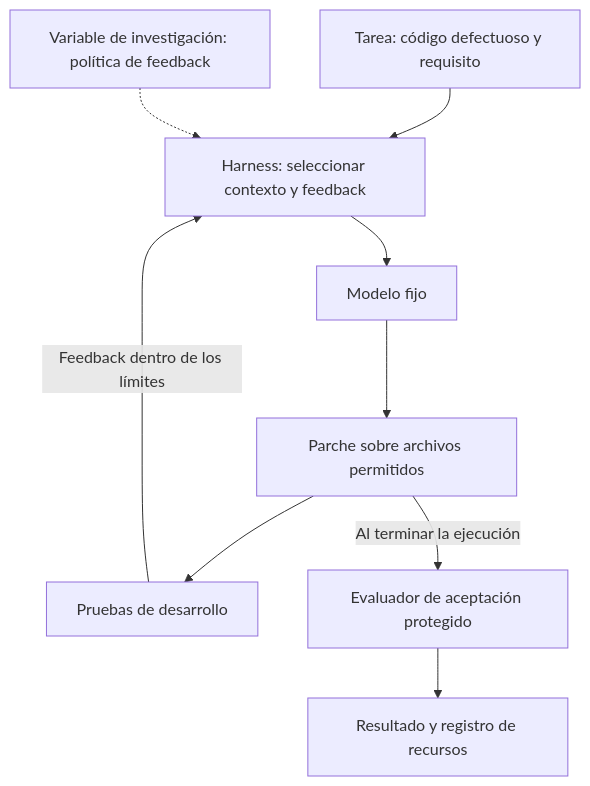
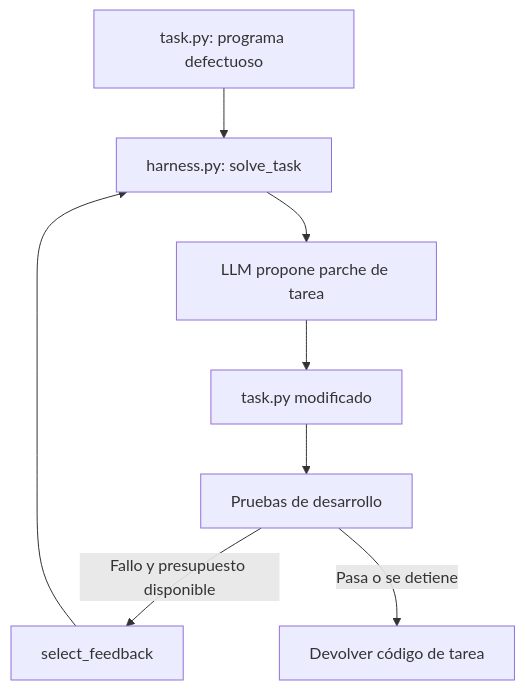
Before and after one commit to jairzinhosantos/thinking-harness: the first of 3 diagrams in research/proposals/case-0001-code-repair-harness.es.md, drawn with Mermaid. The commit also changed other lines of this file and 4 other files, not shown here.

Commit message:
docs: illustrate task repair and harness optimization

````diff
--- a/research/proposals/case-0001-code-repair-harness.es.md
+++ b/research/proposals/case-0001-code-repair-harness.es.md
@@ -40,11 +71,10 @@
 ```mermaid
 flowchart TD
-    T[Tarea: código defectuoso y requisito] --> H[Harness: seleccionar contexto y feedback]
-    H --> M[Modelo fijo]
-    M --> P[Parche sobre archivos permitidos]
+    T[task.py: programa defectuoso] --> H[harness.py: solve_task]
+    H --> L[LLM propone parche de tarea]
+    L --> P[task.py modificado]
     P --> D[Pruebas de desarrollo]
-    D -->|Feedback dentro de los límites| H
-    P -->|Al terminar la ejecución| E[Evaluador de aceptación protegido]
-    E --> R[Resultado y registro de recursos]
-    V[Variable de investigación: política de feedback] -.-> H
+    D -->|Fallo y presupuesto disponible| F[select_feedback]
+    F --> H
+    D -->|Pasa o se detiene| R[Devolver código de tarea]
 ```
````
